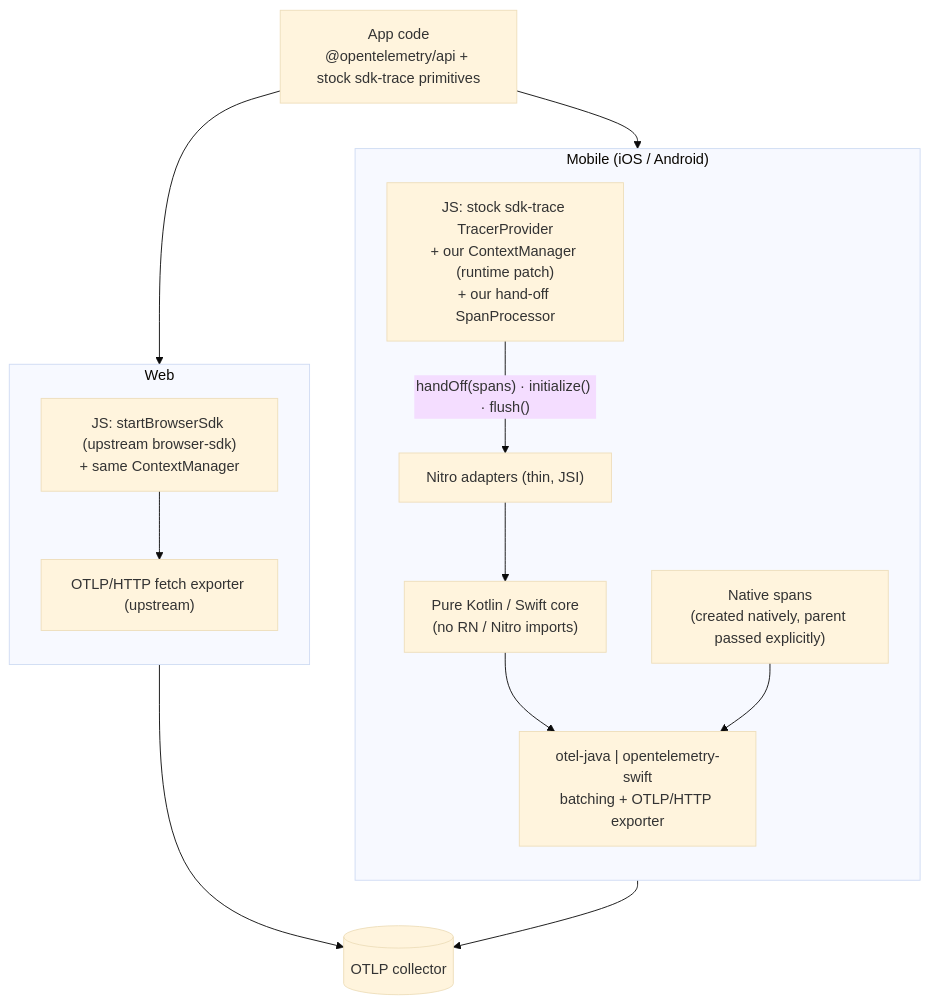
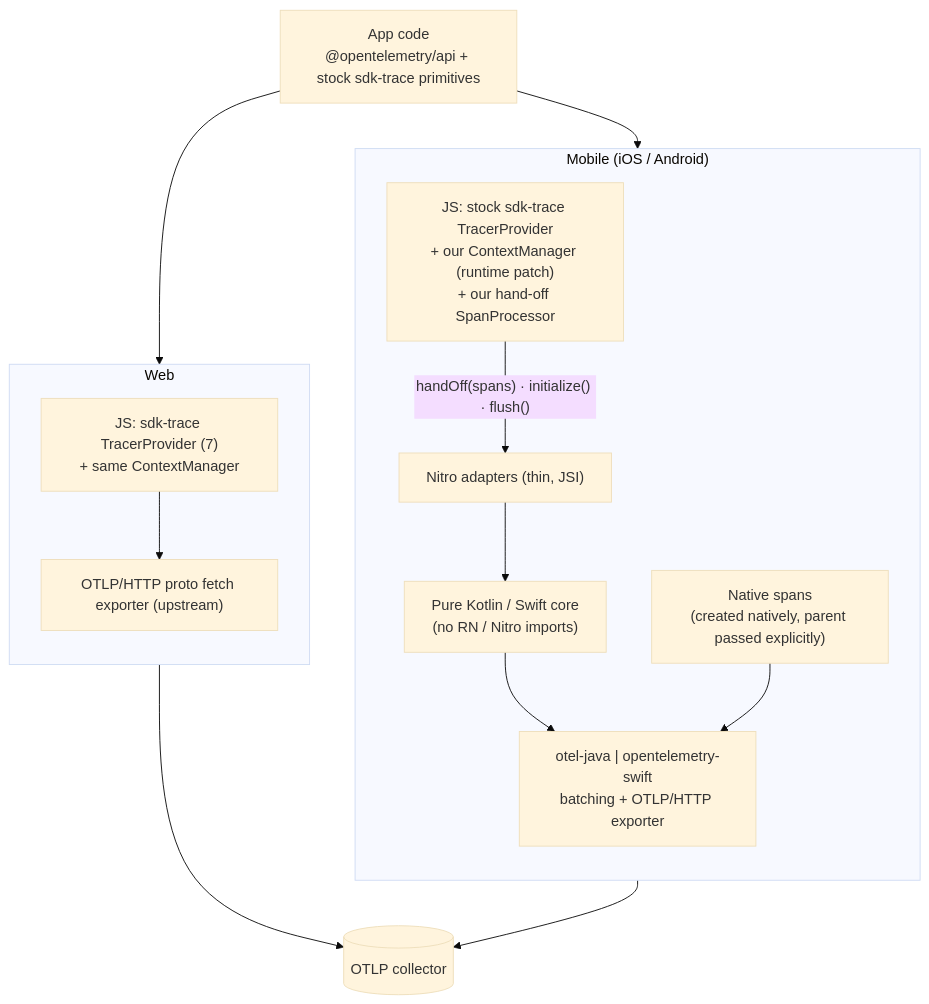
One commit to callstack/react-native-open-telemetry changed the first of 5 diagrams in docs/superpowers/specs/2026-11-10-rn-otel-design.md. Above: the diagram before and after it, drawn with Mermaid (base theme). The commit also changed other lines of this file and 8 other files, not shown here.

First line of the commit message:
feat(web): startReactNativeSdk with its own TracerProvider and proto exporter (R7)

````diff
--- a/docs/superpowers/specs/2026-11-10-rn-otel-design.md
+++ b/docs/superpowers/specs/2026-11-10-rn-otel-design.md
@@ -87,27 +87,27 @@
 ```mermaid
 flowchart TB
   app["App code<br/>@opentelemetry/api + stock sdk-trace primitives"]
 
   subgraph mobile["Mobile (iOS / Android)"]
     direction TB
     jsm["JS: stock sdk-trace TracerProvider<br/>+ our ContextManager (runtime patch)<br/>+ our hand-off SpanProcessor"]
     nitro["Nitro adapters (thin, JSI)"]
     core["Pure Kotlin / Swift core<br/>(no RN / Nitro imports)"]
     vendor["otel-java | opentelemetry-swift<br/>batching + OTLP/HTTP exporter"]
     nspans["Native spans<br/>(created natively, parent passed explicitly)"]
     jsm -- "handOff(spans) · initialize() · flush()" --> nitro --> core --> vendor
     nspans --> vendor
   end
 
   subgraph web["Web"]
     direction TB
-    jsw["JS: startBrowserSdk (upstream browser-sdk)<br/>+ same ContextManager"]
-    wexp["OTLP/HTTP fetch exporter (upstream)"]
+    jsw["JS: sdk-trace TracerProvider (7)<br/>+ same ContextManager"]
+    wexp["OTLP/HTTP proto fetch exporter (upstream)"]
     jsw --> wexp
   end
 
   app --> jsm
   app --> jsw
   vendor --> col[("OTLP collector")]
   wexp --> col
 ```
````
